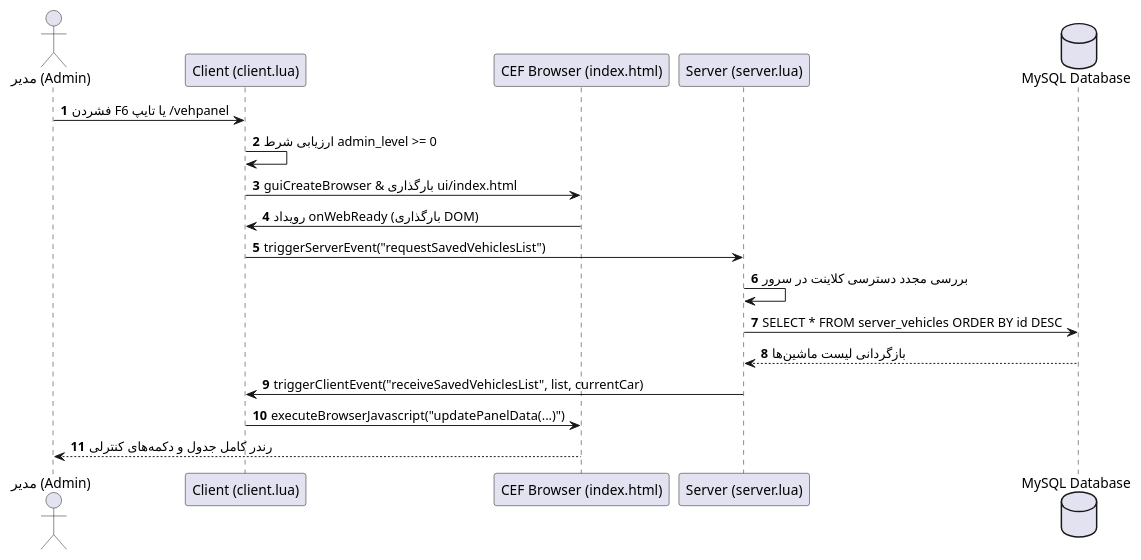
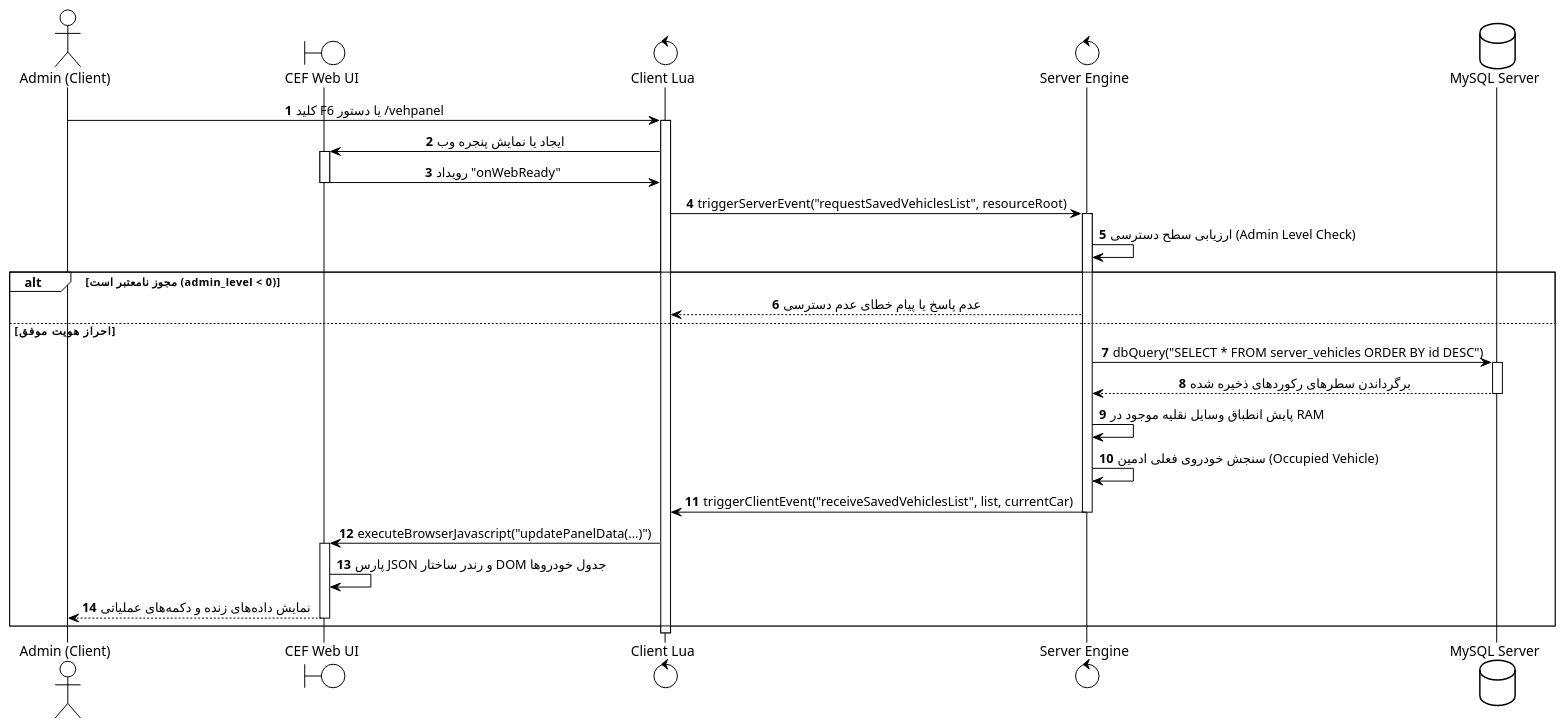
One commit to Silent-Galaxy/SilentRP changed the second of 7 diagrams in resources/admin_vehicles/ReadMe.md. Above: the diagram before and after it, drawn with PlantUML. The commit also changed other lines of this file, not shown here.

````diff
--- a/resources/admin_vehicles/ReadMe.md
+++ b/resources/admin_vehicles/ReadMe.md
@@ -72,22 +298,40 @@
-```plantuml
 @startuml
+!theme plain
 autonumber
-actor Admin as "مدیر (Admin)"
-participant ClientLua as "Client (client.lua)"
-participant CEF as "CEF Browser (index.html)"
-participant ServerLua as "Server (server.lua)"
-database MySQL as "MySQL Database"
+skinparam sequenceMessageAlign center
+skinparam BoxPadding 10
 
-Admin -> ClientLua: فشردن F6 یا تایپ /vehpanel
-ClientLua -> ClientLua: ارزیابی شرط admin_level >= 0
-ClientLua -> CEF: guiCreateBrowser & بارگذاری ui/index.html
-CEF -> ClientLua: رویداد onWebReady (بارگذاری DOM)
-ClientLua -> ServerLua: triggerServerEvent("requestSavedVehiclesList")
-ServerLua -> ServerLua: بررسی مجدد دسترسی کلاینت در سرور
-ServerLua -> MySQL: SELECT * FROM server_vehicles ORDER BY id DESC
-MySQL --> ServerLua: بازگردانی لیست ماشین‌ها
-ServerLua -> ClientLua: triggerClientEvent("receiveSavedVehiclesList", list, currentCar)
-ClientLua -> CEF: executeBrowserJavascript("updatePanelData(...)")
-CEF --> Admin: رندر کامل جدول و دکمه‌های کنترلی
+actor "Admin (Client)" as Admin
+boundary "CEF Web UI" as UI
+control "Client Lua" as CL
+control "Server Engine" as SE
+database "MySQL Server" as DB
+
+Admin -> CL: کلید F6 یا دستور /vehpanel
+activate CL
+CL -> UI: ایجاد یا نمایش پنجره وب
+activate UI
+UI -> CL: رویداد "onWebReady"
+deactivate UI
+CL -> SE: triggerServerEvent("requestSavedVehiclesList", resourceRoot)
+activate SE
+SE -> SE: ارزیابی سطح دسترسی (Admin Level Check)
+alt مجوز نامعتبر است (admin_level < 0)
+    SE --> CL: عدم پاسخ یا پیام خطای عدم دسترسی
+else احراز هویت موفق
+    SE -> DB: dbQuery("SELECT * FROM server_vehicles ORDER BY id DESC")
+    activate DB
+    DB --> SE: برگرداندن سطرهای رکوردهای ذخیره شده
+    deactivate DB
+    SE -> SE: پایش انطباق وسایل نقلیه موجود در RAM
+    SE -> SE: سنجش خودروی فعلی ادمین (Occupied Vehicle)
+    SE -> CL: triggerClientEvent("receiveSavedVehiclesList", list, currentCar)
+    deactivate SE
+    CL -> UI: executeBrowserJavascript("updatePanelData(...)")
+    activate UI
+    UI -> UI: پارس JSON و رندر ساختار DOM جدول خودروها
+    UI --> Admin: نمایش داده‌های زنده و دکمه‌های عملیاتی
+    deactivate UI
+end
+deactivate CL
 @enduml
-```
````
